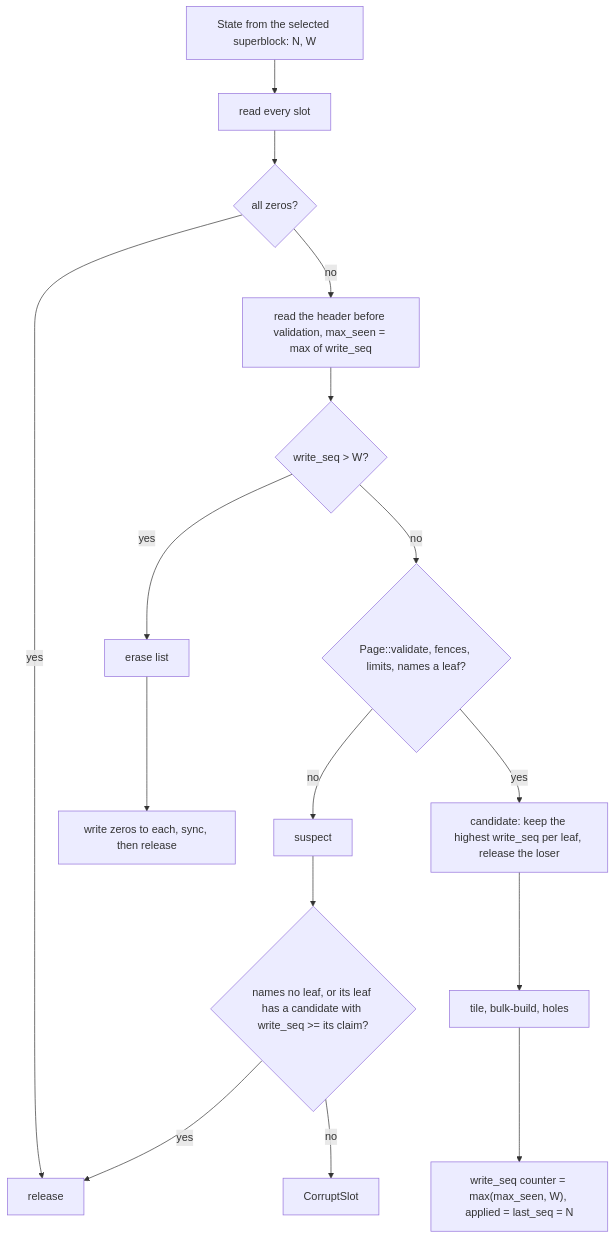
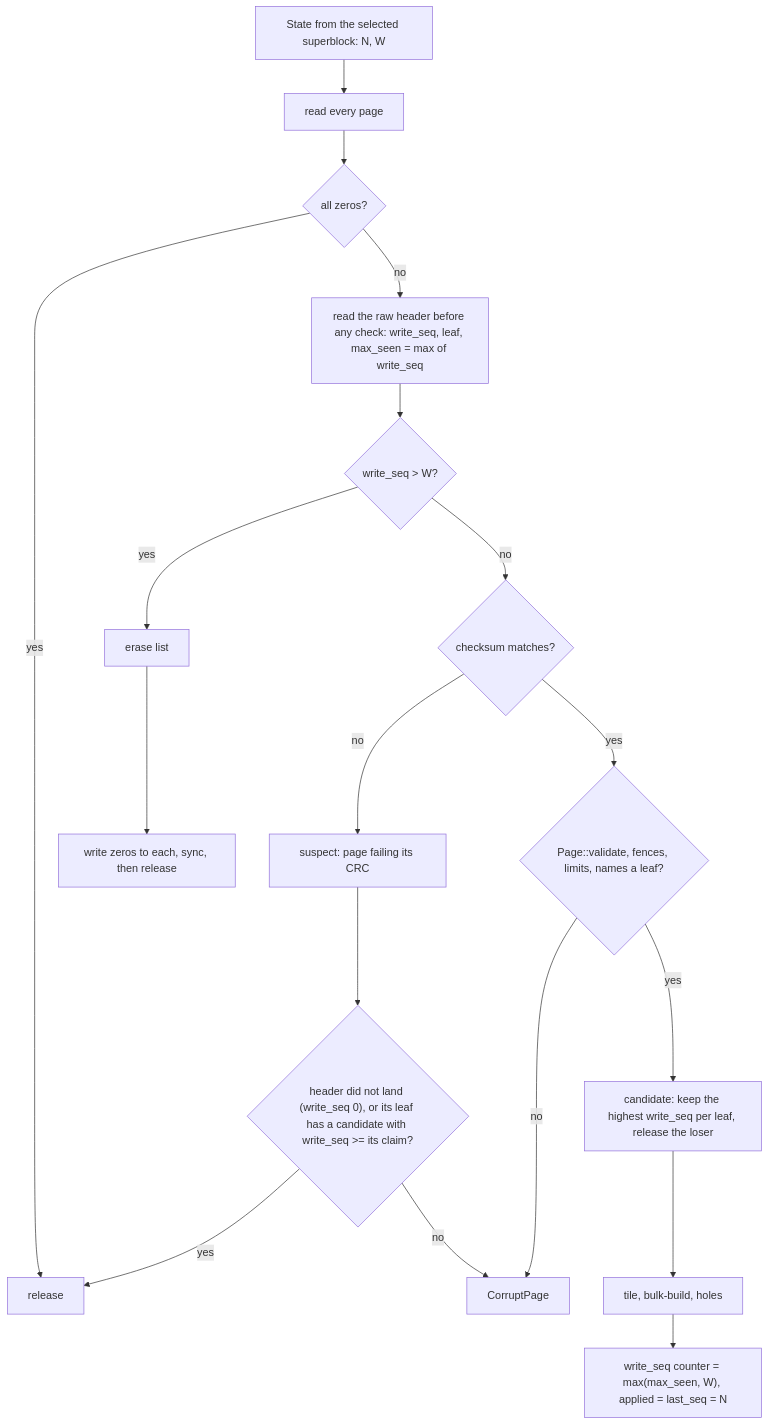
One commit to raydatray/peppydb changed the second of 2 diagrams in docs/plans/0018-bf-tree-checkpoint.md. Above: the diagram before and after it, drawn with Mermaid. The commit also changed other lines of this file, not shown here.

````diff
--- a/docs/plans/0018-bf-tree-checkpoint.md
+++ b/docs/plans/0018-bf-tree-checkpoint.md
@@ -254,18 +281,20 @@
 ```mermaid
 flowchart TD
-    A[State from the selected superblock: N, W] --> B[read every slot]
+    A[State from the selected superblock: N, W] --> B[read every page]
     B --> Z{all zeros?}
     Z -->|yes| F[release]
-    Z -->|no| H[read the header before validation, max_seen = max of write_seq]
+    Z -->|no| H["read the raw header before any check: write_seq, leaf, max_seen = max of write_seq"]
     H --> W1{write_seq > W?}
     W1 -->|yes| X[erase list]
-    W1 -->|no| V{Page::validate, fences, limits, names a leaf?}
-    V -->|no| SU[suspect]
+    W1 -->|no| K{checksum matches?}
+    K -->|no| SU[suspect: page failing its CRC]
+    K -->|yes| V{"Page::validate, fences, limits, names a leaf?"}
+    V -->|no| E[CorruptPage]
     V -->|yes| C[candidate: keep the highest write_seq per leaf, release the loser]
-    SU --> SR{names no leaf, or its leaf has a candidate with write_seq >= its claim?}
+    SU --> SR{"header did not land (write_seq 0), or its leaf has a candidate with write_seq >= its claim?"}
     SR -->|yes| F
-    SR -->|no| E[CorruptSlot]
+    SR -->|no| E
     X --> ER[write zeros to each, sync, then release]
     C --> T[tile, bulk-build, holes]
     T --> R["write_seq counter = max(max_seen, W), applied = last_seq = N"]
 ```
````
